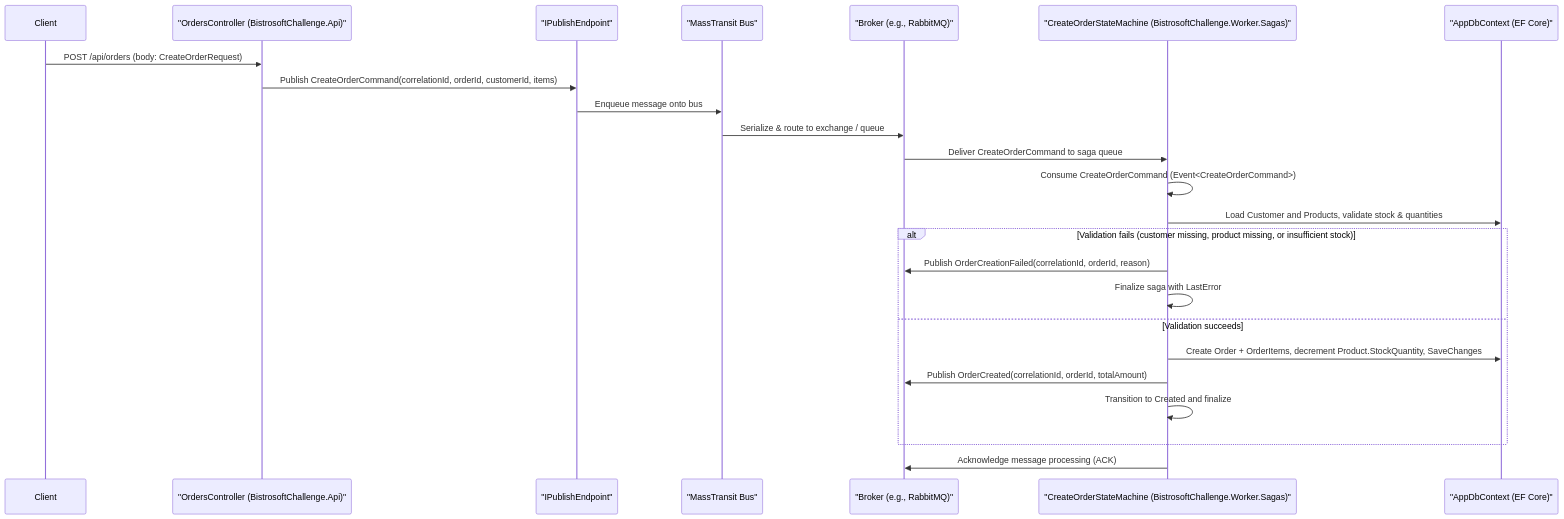
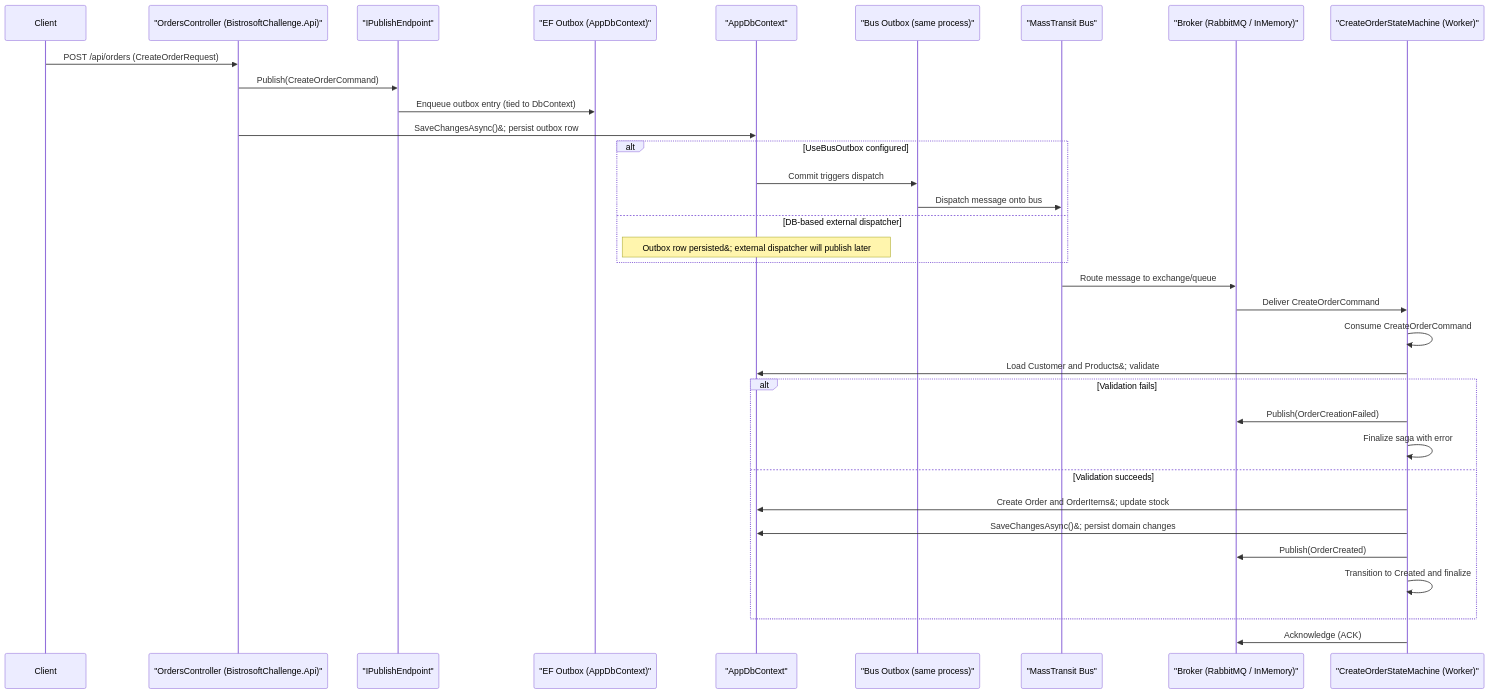
The diagram in Sequence Diagram.mmd (diegofox2/BistrosoftChallenge), drawn with Mermaid before and after one commit. The commit also changed 17 other files, not shown here.

First line of the commit message:
Use MassTransit EF Outbox for reliable messaging & sagas

```diff
--- a/Sequence Diagram.mmd
+++ b/Sequence Diagram.mmd
@@ -1,25 +1,39 @@
 sequenceDiagram
     participant Client
-    participant OrdersController as "OrdersController (BistrosoftChallenge.Api)"
-    participant IPublishEndpoint as "IPublishEndpoint"
-    participant MassTransit as "MassTransit Bus"
-    participant RabbitMQ as "Broker (e.g., RabbitMQ)"
-    participant CreateOrderSaga as "CreateOrderStateMachine (BistrosoftChallenge.Worker.Sagas)"
-    participant AppDbContext as "AppDbContext (EF Core)"
+    participant Api as "OrdersController (BistrosoftChallenge.Api)"
+    participant Publish as "IPublishEndpoint"
+    participant Outbox as "EF Outbox (AppDbContext)"
+    participant Db as "AppDbContext"
+    participant BusOutbox as "Bus Outbox (same process)"
+    participant Bus as "MassTransit Bus"
+    participant Broker as "Broker (RabbitMQ / InMemory)"
+    participant Worker as "CreateOrderStateMachine (Worker)"
 
-    Client->>OrdersController: POST /api/orders (body: CreateOrderRequest)
-    OrdersController->>IPublishEndpoint: Publish CreateOrderCommand(correlationId, orderId, customerId, items)
-    IPublishEndpoint->>MassTransit: Enqueue message onto bus
-    MassTransit->>RabbitMQ: Serialize & route to exchange / queue
-    RabbitMQ->>CreateOrderSaga: Deliver CreateOrderCommand to saga queue
-    CreateOrderSaga->>CreateOrderSaga: Consume CreateOrderCommand (Event<CreateOrderCommand>)
-    CreateOrderSaga->>AppDbContext: Load Customer and Products, validate stock & quantities
-    alt Validation fails (customer missing, product missing, or insufficient stock)
-        CreateOrderSaga->>RabbitMQ: Publish OrderCreationFailed(correlationId, orderId, reason)
-        CreateOrderSaga->>CreateOrderSaga: Finalize saga with LastError
+    Client->>Api: POST /api/orders (CreateOrderRequest)
+    Api->>Publish: Publish(CreateOrderCommand)
+    Publish->>Outbox: Enqueue outbox entry (tied to DbContext)
+    Api->>Db: SaveChangesAsync()&#59; persist outbox row
+
+    alt UseBusOutbox configured
+        Db->>BusOutbox: Commit triggers dispatch
+        BusOutbox->>Bus: Dispatch message onto bus
+    else DB-based external dispatcher
+        Note over Db: Outbox row persisted&#59; external dispatcher will publish later
+    end
+
+    Bus->>Broker: Route message to exchange/queue
+    Broker->>Worker: Deliver CreateOrderCommand
+    Worker->>Worker: Consume CreateOrderCommand
+    Worker->>Db: Load Customer and Products&#59; validate
+
+    alt Validation fails
+        Worker->>Broker: Publish(OrderCreationFailed)
+        Worker->>Worker: Finalize saga with error
     else Validation succeeds
-        CreateOrderSaga->>AppDbContext: Create Order + OrderItems, decrement Product.StockQuantity, SaveChanges
-        CreateOrderSaga->>RabbitMQ: Publish OrderCreated(correlationId, orderId, totalAmount)
-        CreateOrderSaga->>CreateOrderSaga: Transition to Created and finalize
+        Worker->>Db: Create Order and OrderItems&#59; update stock
+        Worker->>Db: SaveChangesAsync()&#59; persist domain changes
+        Worker->>Broker: Publish(OrderCreated)
+        Worker->>Worker: Transition to Created and finalize
     end
-    CreateOrderSaga->>RabbitMQ: Acknowledge message processing (ACK)
+
+    Worker->>Broker: Acknowledge (ACK)
```
